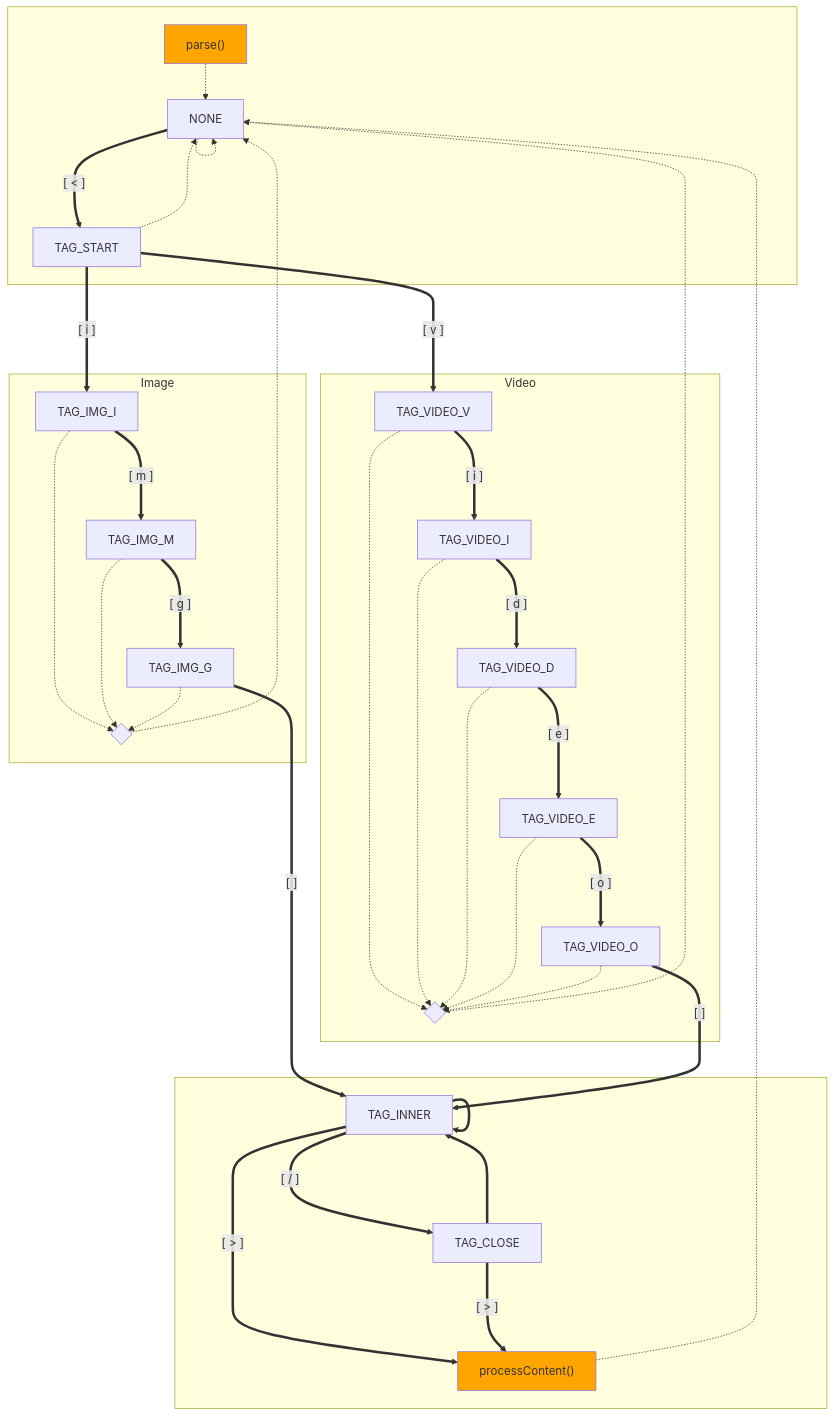
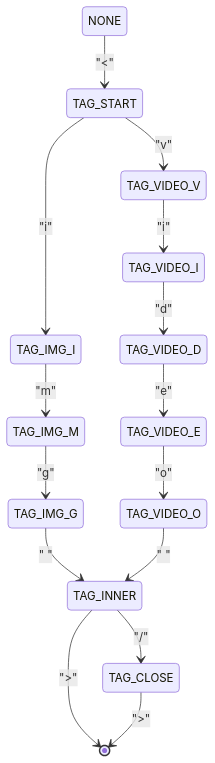
Before and after one commit to 0MG-DEN/SimpleServlet: the diagram in README.md, drawn with Mermaid.

````diff
--- a/README.md
+++ b/README.md
@@ -64,72 +64,36 @@
 ```mermaid
-flowchart
-subgraph " "
-id0001[NONE]
-id0002[TAG_START]
-id000S["parse()"] -.-> id0001
-style id000S fill:orange
-end
+stateDiagram
 
-subgraph " "
-id0004[TAG_INNER]
-id0008[TAG_CLOSE]
-id000P["processContent()"] -.-> id0001
-style id000P fill:orange
-end
+id0001: NONE
+id0002: TAG_START
+id0004: TAG_INNER
+id0008: TAG_CLOSE
 
-subgraph Image
-id0001-1{" "} -.-> id0001
-id0020[TAG_IMG_I]
-id0040[TAG_IMG_M]
-id0080[TAG_IMG_G]
-end
+id0020: TAG_IMG_I
+id0040: TAG_IMG_M
+id0080: TAG_IMG_G
 
-subgraph Video
-id0001-2{" "} -.-> id0001
-id0400[TAG_VIDEO_V]
-id0800[TAG_VIDEO_I]
-id1000[TAG_VIDEO_D]
-id2000[TAG_VIDEO_E]
-id4000[TAG_VIDEO_O]
-end
+id0400: TAG_VIDEO_V
+id0800: TAG_VIDEO_I
+id1000: TAG_VIDEO_D
+id2000: TAG_VIDEO_E
+id4000: TAG_VIDEO_O
 
-id0001 ===>|"[ < ]"| id0002
-id0001 -.-> id0001
+id0001 --> id0002: "<"
 
-id0002 ===>|"[ i ]"| id0020
-id0002 ===>|"[ v ]"| id0400
-id0002 -.-> id0001
+id0002 --> id0020: "i"
+id0020 --> id0040: "m"
+id0040 --> id0080: "g"
+id0080 --> id0004: " "
 
-id0004 ===>|"[ / ]"| id0008
-id0004 ===>|"[ > ]"| id000P
-id0004 ===> id0004
+id0002 --> id0400: "v"
+id0400 --> id0800: "i"
+id0800 --> id1000: "d"
+id1000 --> id2000: "e"
+id2000 --> id4000: "o"
+id4000 --> id0004: " "
 
-id0008 ===>|"[ > ]"| id000P
-id0008 ===> id0004
-
-%% Image.
-id0020 ===>|"[ m ]"| id0040
-id0020 -.-> id0001-1
-
-id0040 ===>|"[ g ]"| id0080
-id0040 -.-> id0001-1
-
-id0080 ===>|"[   ]"| id0004
-id0080 -.-> id0001-1
-
-%% Video.
-id0400 ===>|"[ i ]"| id0800
-id0400 -.-> id0001-2
-
-id0800 ===>|"[ d ]"| id1000
-id0800 -.-> id0001-2
-
-id1000 ===>|"[ e ]"| id2000
-id1000 -.-> id0001-2
-
-id2000 ===>|"[ o ]"| id4000
-id2000 -.-> id0001-2
-
-id4000 ===>|"[   ]"| id0004
-id4000 -.-> id0001-2
+id0004 --> id0008: "/"
+id0004 --> [*]: ">"
+id0008 --> [*]: ">"
 ```
````
